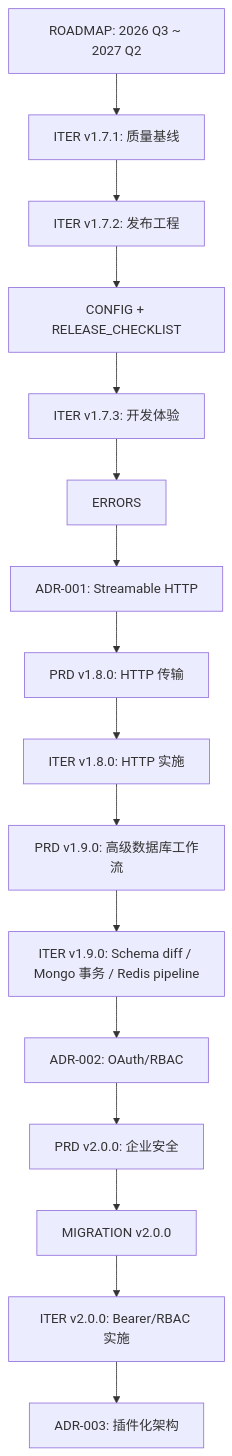
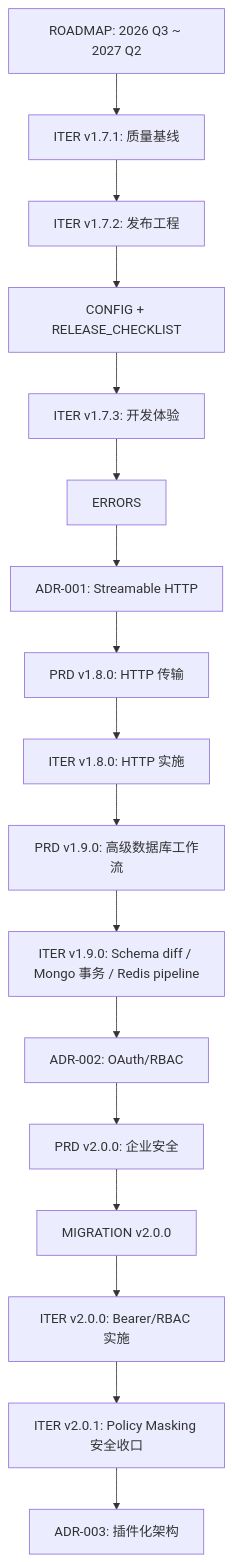
Before and after one commit to yclenove/polyglot-db-mcp-server: the diagram in docs/INDEX.md, drawn with Mermaid. The commit also changed other lines of this file and 22 other files, not shown here.

Commit message:
fix: enforce policy masking mode per request for v2.0.1

````diff
--- a/docs/INDEX.md
+++ b/docs/INDEX.md
@@ -164,18 +168,19 @@
 ```mermaid
 flowchart TD
   A[ROADMAP: 2026 Q3 ~ 2027 Q2] --> B[ITER v1.7.1: 质量基线]
   B --> C[ITER v1.7.2: 发布工程]
   C --> D[CONFIG + RELEASE_CHECKLIST]
   D --> E[ITER v1.7.3: 开发体验]
   E --> F[ERRORS]
   F --> G[ADR-001: Streamable HTTP]
   G --> H[PRD v1.8.0: HTTP 传输]
   H --> I[ITER v1.8.0: HTTP 实施]
   I --> J[PRD v1.9.0: 高级数据库工作流]
   J --> K[ITER v1.9.0: Schema diff / Mongo 事务 / Redis pipeline]
   K --> L[ADR-002: OAuth/RBAC]
   L --> M[PRD v2.0.0: 企业安全]
   M --> N[MIGRATION v2.0.0]
   N --> O[ITER v2.0.0: Bearer/RBAC 实施]
-  O --> P[ADR-003: 插件化架构]
+  O --> P[ITER v2.0.1: Policy Masking 安全收口]
+  P --> Q[ADR-003: 插件化架构]
 ```
````
